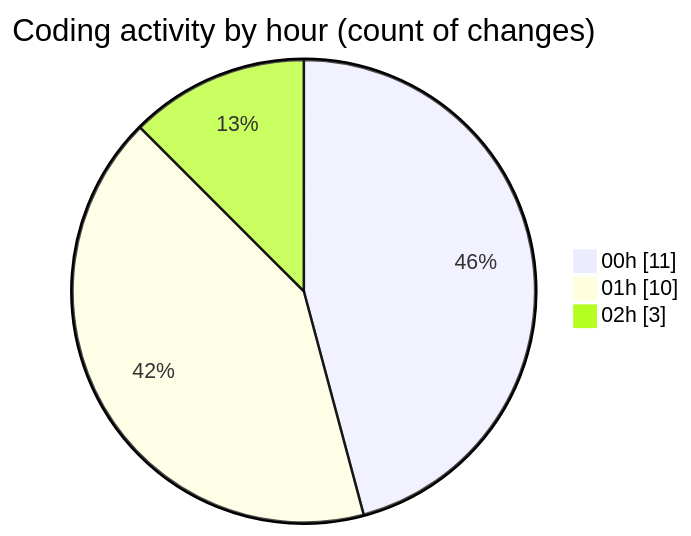
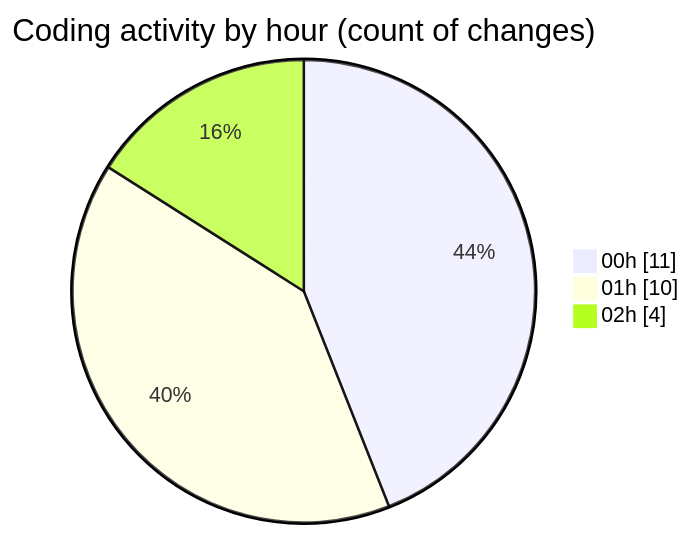
Before and after one commit to julien-gomy/code-tracking: the second of 2 diagrams in 2025-11-02/cdp_aleoudev_fr__workspace_/README.md, drawn with Mermaid. The commit also changed other lines of this file and 1 other file, not shown here.

````diff
--- a/2025-11-02/cdp_aleoudev_fr__workspace_/README.md
+++ b/2025-11-02/cdp_aleoudev_fr__workspace_/README.md
@@ -32,7 +32,7 @@
 ```mermaid
 pie showData
 title Coding activity by hour (count of changes)
 "00h" : 11
 "01h" : 10
-"02h" : 3
+"02h" : 4
 ```
````
